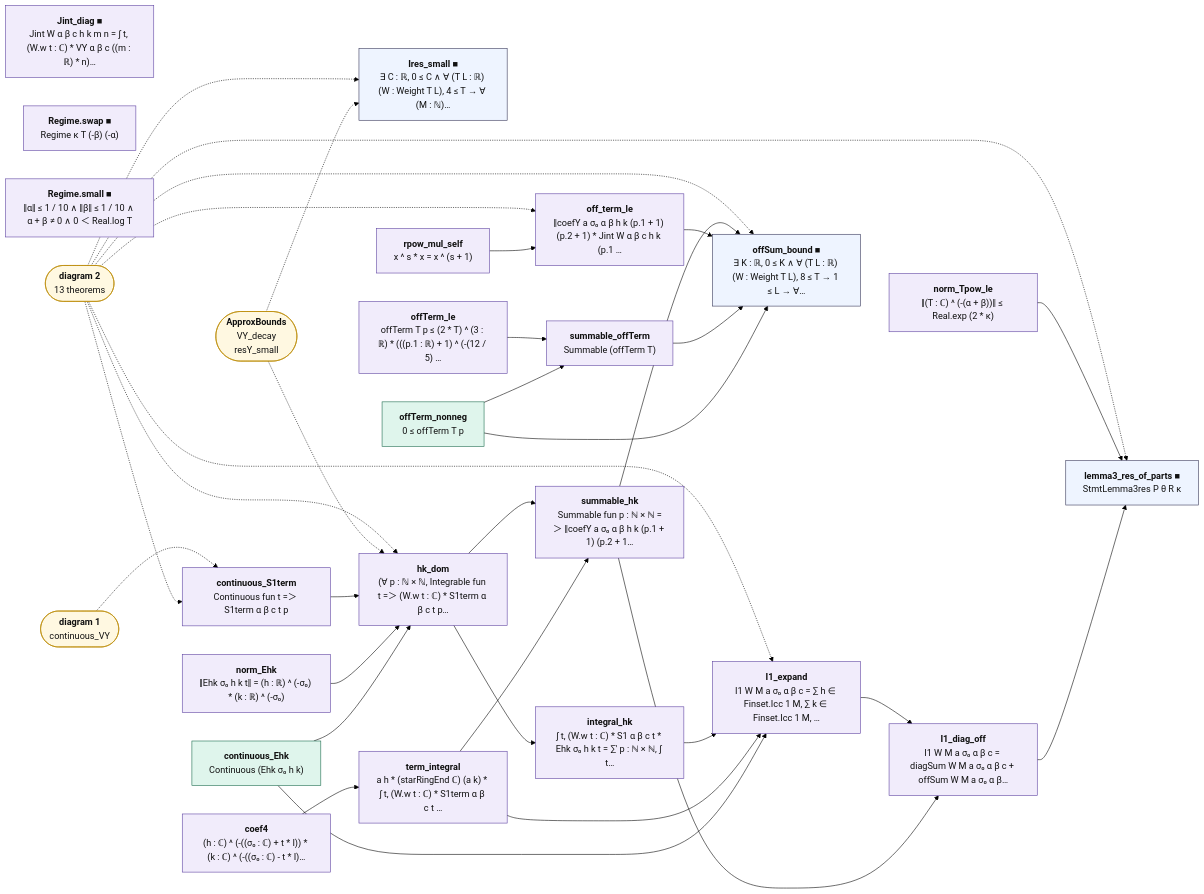
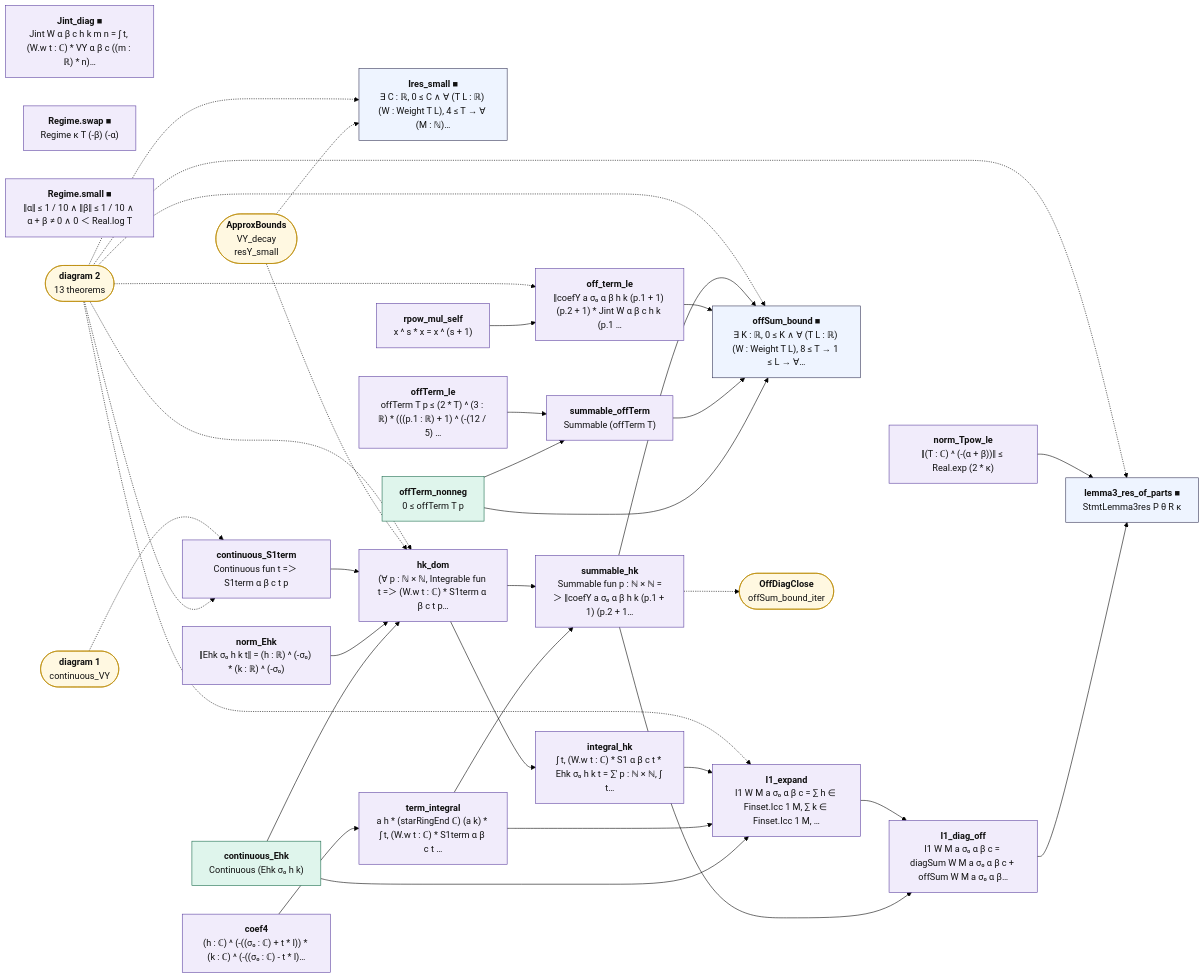
Before and after one commit to juliansambranojr/Primebeat_081426: the diagram in map/lean_stage3/TwistedMoment.3.mmd, drawn with Mermaid (forest theme). The commit also changed 23 other files, not shown here.

```diff
--- a/map/lean_stage3/TwistedMoment.3.mmd
+++ b/map/lean_stage3/TwistedMoment.3.mmd
@@ -1,65 +1,67 @@
 flowchart LR
   n0["<b>Ires_small ■</b><br/>∃ C : ℝ, 0 ≤ C ∧ ∀ (T L : ℝ) (W : Weight T L), 4 ≤ T → ∀ (M : ℕ)…"]:::thm
   n1["<b>coef4</b><br/>(h : ℂ) ^ (-((σ₀ : ℂ) + t * I)) * (k : ℂ) ^ (-((σ₀ : ℂ) - t * I)…"]:::shp
   n2["<b>continuous_Ehk</b><br/>Continuous (Ehk σ₀ h k)"]:::cnt
   n3["<b>norm_Ehk</b><br/>‖Ehk σ₀ h k t‖ = (h : ℝ) ^ (-σ₀) * (k : ℝ) ^ (-σ₀)"]:::shp
   n4["<b>term_integral</b><br/>a h * (starRingEnd ℂ) (a k) * ∫ t, (W.w t : ℂ) * S1term α β c t …"]:::shp
   n5["<b>continuous_S1term</b><br/>Continuous fun t =＞ S1term α β c t p"]:::shp
   n6["<b>hk_dom</b><br/>(∀ p : ℕ × ℕ, Integrable fun t =＞ (W.w t : ℂ) * S1term α β c t p…"]:::shp
   n7["<b>integral_hk</b><br/>∫ t, (W.w t : ℂ) * S1 α β c t * Ehk σ₀ h k t = ∑' p : ℕ × ℕ, ∫ t…"]:::shp
   n8["<b>summable_hk</b><br/>Summable fun p : ℕ × ℕ =＞ ‖coefY a σ₀ α β h k (p.1 + 1) (p.2 + 1…"]:::shp
   n9["<b>I1_expand</b><br/>I1 W M a σ₀ α β c = ∑ h ∈ Finset.Icc 1 M, ∑ k ∈ Finset.Icc 1 M, …"]:::shp
   n10["<b>Jint_diag ■</b><br/>Jint W α β c h k m n = ∫ t, (W.w t : ℂ) * VY α β c ((m : ℝ) * n)…"]:::shp
   n11["<b>I1_diag_off</b><br/>I1 W M a σ₀ α β c = diagSum W M a σ₀ α β c + offSum W M a σ₀ α β…"]:::shp
   n12["<b>offTerm_nonneg</b><br/>0 ≤ offTerm T p"]:::cnt
   n13["<b>offTerm_le</b><br/>offTerm T p ≤ (2 * T) ^ (3 : ℝ) * (((p.1 : ℝ) + 1) ^ (-(12 / 5) …"]:::shp
   n14["<b>summable_offTerm</b><br/>Summable (offTerm T)"]:::shp
   n15["<b>rpow_mul_self</b><br/>x ^ s * x = x ^ (s + 1)"]:::shp
   n16["<b>off_term_le</b><br/>‖coefY a σ₀ α β h k (p.1 + 1) (p.2 + 1) * Jint W α β c h k (p.1 …"]:::shp
   n17["<b>offSum_bound ■</b><br/>∃ K : ℝ, 0 ≤ K ∧ ∀ (T L : ℝ) (W : Weight T L), 8 ≤ T → 1 ≤ L → ∀…"]:::thm
   n18["<b>Regime.swap ■</b><br/>Regime κ T (-β) (-α)"]:::shp
   n19["<b>Regime.small ■</b><br/>‖α‖ ≤ 1 / 10 ∧ ‖β‖ ≤ 1 / 10 ∧ α + β ≠ 0 ∧ 0 ＜ Real.log T"]:::shp
   n20["<b>norm_Tpow_le</b><br/>‖(T : ℂ) ^ (-(α + β))‖ ≤ Real.exp (2 * κ)"]:::shp
   n21["<b>lemma3_res_of_parts ■</b><br/>StmtLemma3res P θ R κ"]:::thm
   x0(["<b>ApproxBounds</b><br/>VY_decay<br/>resY_small"]):::ext
   x1(["<b>diagram 2</b><br/>13 theorems"]):::ext
   x2(["<b>diagram 1</b><br/>continuous_VY"]):::ext
+  x3(["<b>OffDiagClose</b><br/>offSum_bound_iter"]):::ext
   n1 --> n4
   n11 --> n21
   n12 --> n14
   n12 --> n17
   n13 --> n14
   n14 --> n17
   n15 --> n16
   n16 --> n17
   n2 --> n6
   n2 --> n9
   n20 --> n21
   n3 --> n6
   n4 --> n8
   n4 --> n9
   n5 --> n6
   n6 --> n7
   n6 --> n8
   n7 --> n9
   n8 --> n11
   n8 --> n17
   n9 --> n11
+  n8 -.-> x3
   x0 -.-> n0
   x0 -.-> n6
   x1 -.-> n0
   x1 -.-> n16
   x1 -.-> n17
   x1 -.-> n21
   x1 -.-> n5
   x1 -.-> n6
   x1 -.-> n9
   x2 -.-> n5
   classDef cnt fill:#dff5ec,stroke:#17694a,color:#111
   classDef shp fill:#f1ecfb,stroke:#5b3fa0,color:#111
   classDef rh fill:#ffe5e5,stroke:#c22,color:#111,stroke-width:2px
   classDef thm fill:#eef4ff,stroke:#335,color:#111
   classDef end_ fill:#e7f7e7,stroke:#2a7,color:#111,stroke-width:2px
   classDef lone fill:#fff,stroke:#999,color:#111,stroke-dasharray:4 3
   classDef bad fill:#ffe5e5,stroke:#c22,color:#111,stroke-width:2px
   classDef ext fill:#fff8e1,stroke:#b80,color:#111
```
